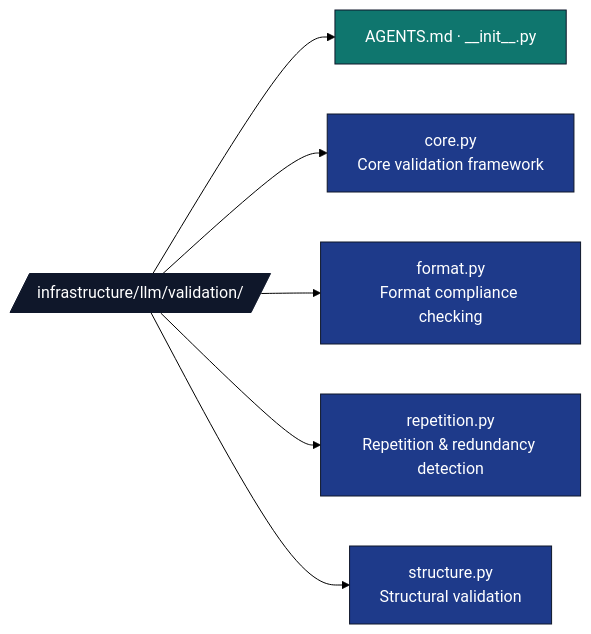
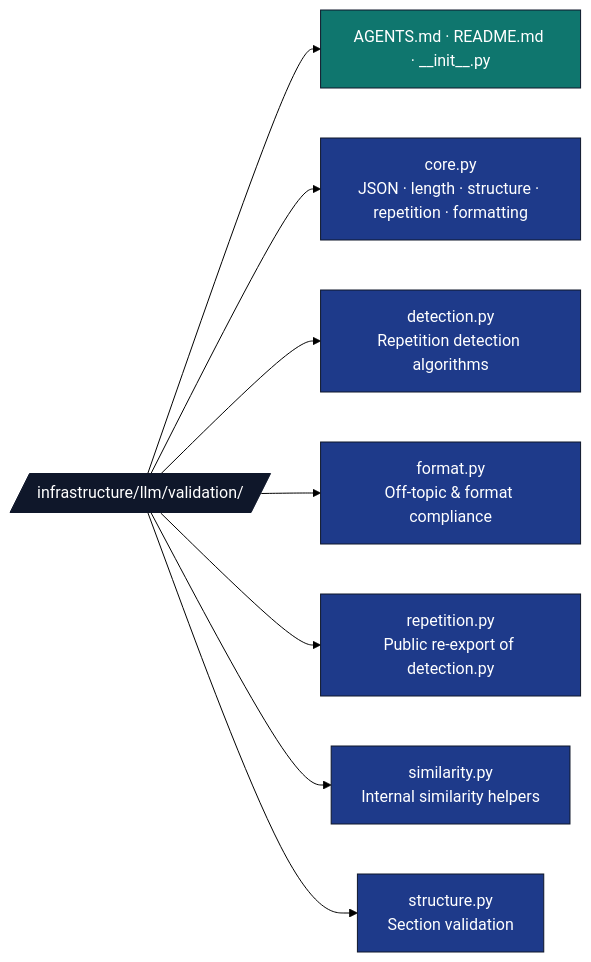
Before and after one commit to docxology/template: the diagram in infrastructure/llm/validation/AGENTS.md, drawn with Mermaid (forest theme). The commit also changed other lines of this file and 952 other files, not shown here.

````diff
--- a/infrastructure/llm/validation/AGENTS.md
+++ b/infrastructure/llm/validation/AGENTS.md
@@ -9,16 +13,18 @@
 ```mermaid
 flowchart LR
     V[/infrastructure/llm/validation//]
-    V --> META[AGENTS.md · __init__.py]
-    V --> CORE[core.py<br/>Core validation framework]
-    V --> FMT[format.py<br/>Format compliance checking]
-    V --> REP[repetition.py<br/>Repetition &amp; redundancy detection]
-    V --> STR[structure.py<br/>Structural validation]
+    V --> META[AGENTS.md · README.md · __init__.py]
+    V --> CORE[core.py<br/>JSON · length · structure · repetition · formatting]
+    V --> DET[detection.py<br/>Repetition detection algorithms]
+    V --> FMT[format.py<br/>Off-topic &amp; format compliance]
+    V --> REP[repetition.py<br/>Public re-export of detection.py]
+    V --> SIM[similarity.py<br/>Internal similarity helpers]
+    V --> STR[structure.py<br/>Section validation]
 
     classDef d fill:#0f172a,stroke:#0f172a,color:#fff
     classDef code fill:#1e3a8a,stroke:#0f172a,color:#fff
     classDef doc fill:#0f766e,stroke:#0f172a,color:#fff
     class V d
-    class CORE,FMT,REP,STR code
+    class CORE,DET,FMT,REP,SIM,STR code
     class META doc
 ```
````
